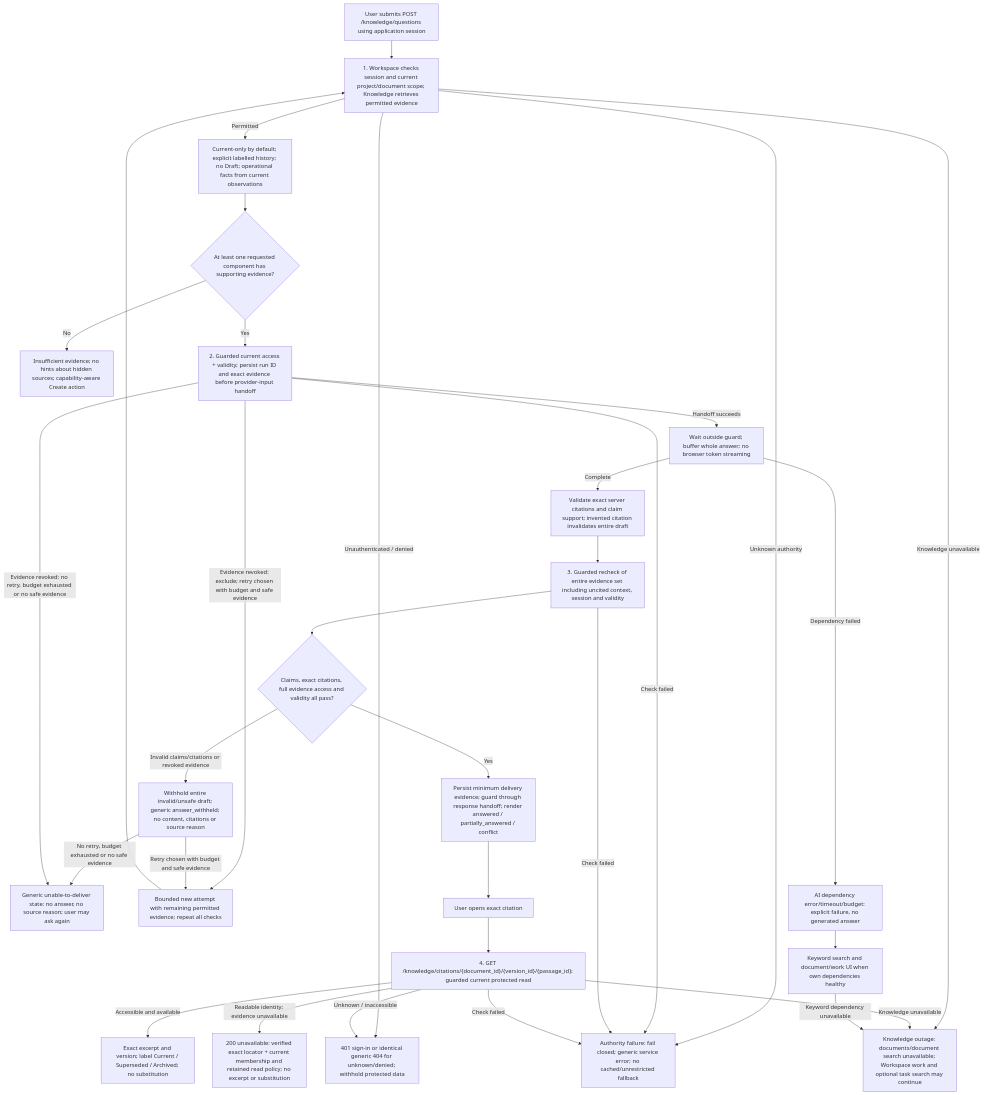
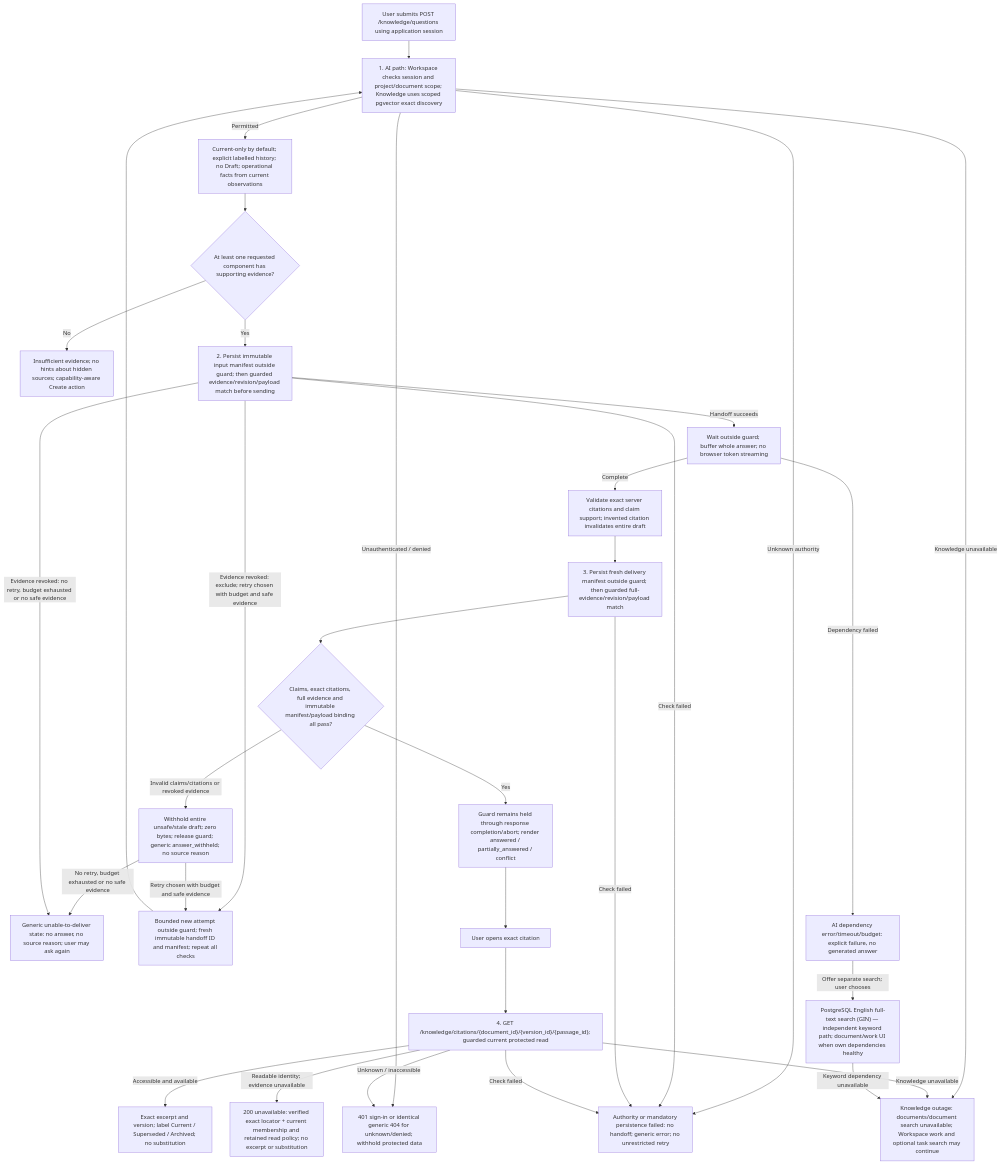
One commit to 900M100CK/scrum-workspace-KMS-ai changed the diagram in docs/sdlc/diagrams/flowchart/ai-qa-flow.mmd. Above: the diagram before and after it, drawn with Mermaid. The commit also changed 195 other files, not shown here.

First line of the commit message:
docs: reconcile design diagrams, contracts and review evidence

```diff
--- a/docs/sdlc/diagrams/flowchart/ai-qa-flow.mmd
+++ b/docs/sdlc/diagrams/flowchart/ai-qa-flow.mmd
@@ -1,63 +1,63 @@
-%% Origin: docs/ux/flows/ai-qa-flow.md v0.5
-%% DGM-FLOW-01 v0.6 Draft - 14 October 2026
-%% Sources: PRD-01 v0.5; UC-02 v0.3; SAD-03 v0.7; ADR-0007/0009/0011/0012/0013/0015/0016/0017; Workspace OpenAPI v0.2.1; Knowledge OpenAPI v0.2.2
+%% Origin: docs/ux/flows/ai-qa-flow.md v0.6
+%% DGM-FLOW-01 v0.9 Draft - 17 October 2026
+%% Sources: UX-FLOW-AI-03 v0.6; PRD-01 v0.9; UC-02 v0.6; SAD-03 v0.12; ADR-0004; ADR-0006; ADR-0007; ADR-0009; ADR-0011; ADR-0012; ADR-0013; ADR-0015; ADR-0016; ADR-0017
 %% Trace: FR-18-FR-30, FR-33-FR-34, FR-46, FR-53-FR-55, FR-59-FR-61, FR-69; SC-02, SC-03, SC-05-SC-08
 %% UX / server responsibilities are labelled. API keys are relative to /api. Policy and runtime evidence remain unapproved.
 flowchart TD
     Unable["Generic unable-to-deliver state: no answer, no source reason; user may ask again"]
     Start["User submits POST /knowledge/questions using application session"]
-    Read["1. Workspace checks session and current project/document scope; Knowledge retrieves permitted evidence"]
+    Read["1. AI path: Workspace checks session and project/document scope; Knowledge uses scoped pgvector exact discovery"]
     Scope["Current-only by default; explicit labelled history; no Draft; operational facts from current observations"]
     Enough{"At least one requested component has supporting evidence?"}
     Insufficient["Insufficient evidence; no hints about hidden sources; capability-aware Create action"]
-    Provider["2. Guarded current access + validity; persist run ID and exact evidence before provider-input handoff"]
+    Provider["2. Persist immutable input manifest outside guard; then guarded evidence/revision/payload match before sending"]
     Generate["Wait outside guard; buffer whole answer; no browser token streaming"]
     Validate["Validate exact server citations and claim support; invented citation invalidates entire draft"]
-    Delivery["3. Guarded recheck of entire evidence set including uncited context, session and validity"]
-    Safe{"Claims, exact citations, full evidence access and validity all pass?"}
-    Withhold["Withhold entire invalid/unsafe draft; generic answer_withheld; no content, citations or source reason"]
-    Retry["Bounded new attempt with remaining permitted evidence; repeat all checks"]
-    Answer["Persist minimum delivery evidence; guard through response handoff; render answered / partially_answered / conflict"]
+    Delivery["3. Persist fresh delivery manifest outside guard; then guarded full-evidence/revision/payload match"]
+    Safe{"Claims, exact citations, full evidence and immutable manifest/payload binding all pass?"}
+    Withhold["Withhold entire unsafe/stale draft; zero bytes; release guard; generic answer_withheld; no source reason"]
+    Retry["Bounded new attempt outside guard; fresh immutable handoff ID and manifest; repeat all checks"]
+    Answer["Guard remains held through response completion/abort; render answered / partially_answered / conflict"]
     Click["User opens exact citation"]
     Citation["4. GET /knowledge/citations/{document_id}/{version_id}/{passage_id}; guarded current protected read"]
     Inspect["Exact excerpt and version; label Current / Superseded / Archived; no substitution"]
     Unavailable["200 unavailable: verified exact locator + current membership and retained read policy; no excerpt or substitution"]
     Denied["401 sign-in or identical generic 404 for unknown/denied; withhold protected data"]
-    Authority["Authority failure: fail closed; generic service error; no cached/unrestricted fallback"]
+    Authority["Authority or mandatory persistence failed: no handoff; generic error; no unrestricted retry"]
     AIError["AI dependency error/timeout/budget: explicit failure, no generated answer"]
-    Fallback["Keyword search and document/work UI when own dependencies healthy"]
+    Fallback["PostgreSQL English full-text search (GIN) — independent keyword path; document/work UI when own dependencies healthy"]
     KnowledgeError["Knowledge outage: documents/document search unavailable; Workspace work and optional task search may continue"]
     Start --> Read
     Read -->|Permitted| Scope
     Read -->|Unauthenticated / denied| Denied
     Read -->|Unknown authority| Authority
     Scope --> Enough
     Enough -->|No| Insufficient
     Enough -->|Yes| Provider
     Provider -->|Handoff succeeds| Generate
     Provider -->|Evidence revoked: exclude; retry chosen with budget and safe evidence| Retry
     Provider -->|Check failed| Authority
     Generate -->|Complete| Validate
     Generate -->|Dependency failed| AIError
     Validate --> Delivery
     Delivery --> Safe
     Safe -->|Yes| Answer
     Safe -->|Invalid claims/citations or revoked evidence| Withhold
     Delivery -->|Check failed| Authority
     Withhold -->|Retry chosen with budget and safe evidence| Retry
     Retry --> Read
     Answer --> Click
     Click --> Citation
     Citation -->|Accessible and available| Inspect
     Citation -->|Readable identity; evidence unavailable| Unavailable
     Citation -->|Unknown / inaccessible| Denied
     Citation -->|Check failed| Authority
-    AIError --> Fallback
+    AIError -->|Offer separate search; user chooses| Fallback
     Read -->|Knowledge unavailable| KnowledgeError
     Citation -->|Knowledge unavailable| KnowledgeError
     Fallback -->|Keyword dependency unavailable| KnowledgeError
     Withhold -->|No retry, budget exhausted or no safe evidence| Unable
     Provider -->|Evidence revoked: no retry, budget exhausted or no safe evidence| Unable
-%% Change: current origin metadata registered for docs:lint; graph semantics retained.
+%% Change: AI semantic discovery and independent keyword baseline are distinct; graph topology retained.
 
-%% Amendment: owner-confirmed partial answers, unavailable identity and membership rules; rendered review pending.
+%% Amendment: owner-confirmed partial answers, unavailable identity and membership rules; overview inspected, print-scale readability pending.
```
